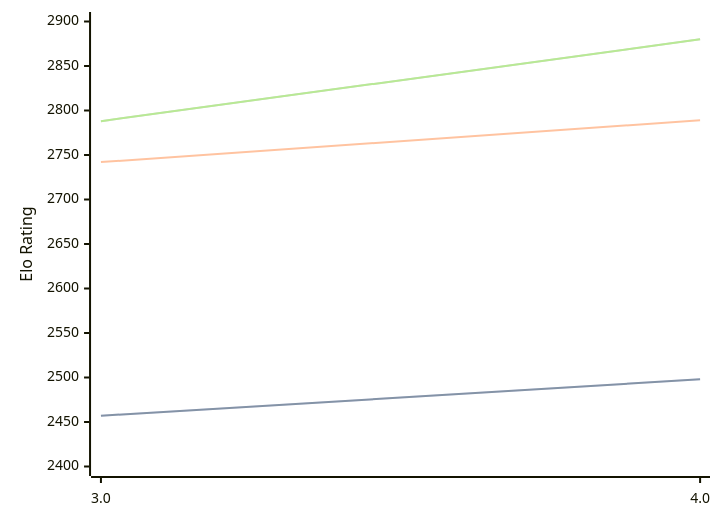
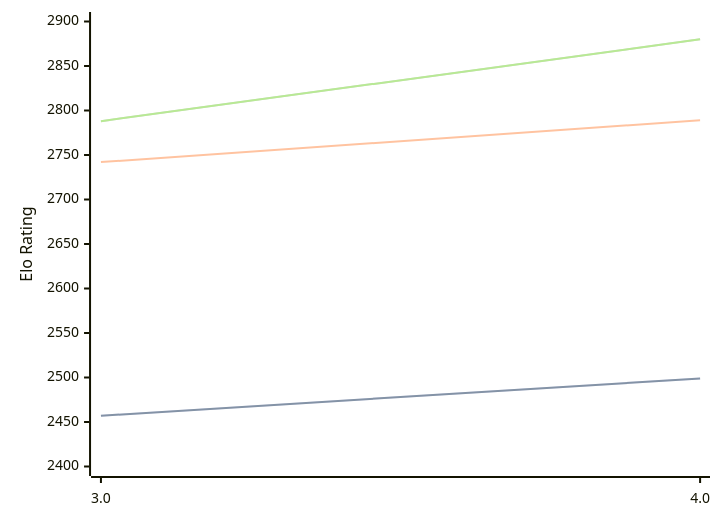
One commit to computer-chess-index/cci changed the diagram in engines/Chess3.md. Above: the diagram before and after it, drawn with Mermaid. The commit also changed other lines of this file, not shown here.

````diff
--- a/engines/Chess3.md
+++ b/engines/Chess3.md
@@ -34,11 +34,11 @@
 ```mermaid
 %%{init: {"theme":"base","themeVariables":{"seriesColors:['#a3a3a3','#222221','#faa371']}}}%%
 xychart-beta
   x-axis ["3.0", "4.0"]
   y-axis "Elo Rating" 2400 --> 2900
-  line "STC (8.0+0.08s)" [2457, 2498]
-  line "STC (8.0+0.08s)" [2457, 2498]
+  line "STC (8.0+0.08s)" [2457, 2499]
+  line "STC (8.0+0.08s)" [2457, 2499]
   line "LTC (60.0+0.60s)" [2742, 2789]
   line "VLTC (2m24s+1.12s)" [2788, 2880]
   line "VLTC (2m24s+1.12s)" [2788, 2880]
 ```
````
